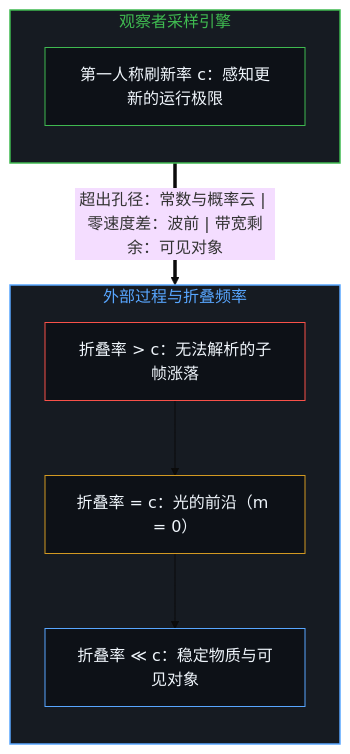
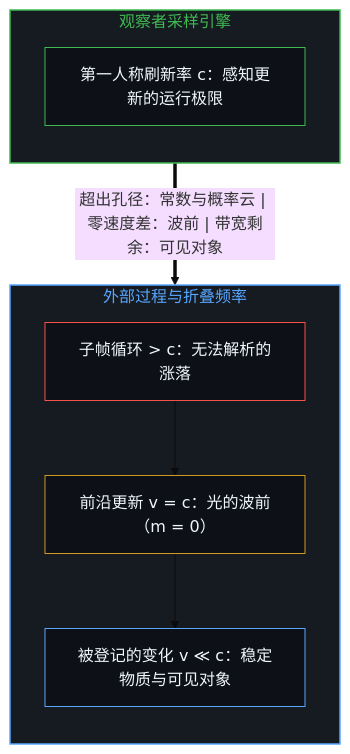
One commit to powerpig99/not-a-toe changed the third of 10 diagrams in content/posts/the-velocity-of-visibility.md. Above: the diagram before and after it, drawn with Mermaid (base theme). The commit also changed other lines of this file and 27 other files, not shown here.

````diff
--- a/content/posts/the-velocity-of-visibility.md
+++ b/content/posts/the-velocity-of-visibility.md
@@ -69,21 +69,21 @@
 ```mermaid
 flowchart TD
     subgraph S_Observer["观察者采样引擎"]
         direction TB
         SamplingRate["第一人称刷新率 c：感知更新的运行极限"]
     end
     subgraph S_External["外部过程与折叠频率"]
         direction TB
-        FasterThanC["折叠率 > c：无法解析的子帧涨落"]
-        EqualC["折叠率 = c：光的前沿（m = 0）"]
-        SlowerThanC["折叠率 ≪ c：稳定物质与可见对象"]
+        FasterThanC["子帧循环 > c：无法解析的涨落"]
+        EqualC["前沿更新 v = c：光的波前（m = 0）"]
+        SlowerThanC["被登记的变化 v ≪ c：稳定物质与可见对象"]
         FasterThanC --> EqualC --> SlowerThanC
     end
     SamplingRate ==>|"超出孔径：常数与概率云 | 零速度差：波前 | 带宽剩余：可见对象"| FasterThanC
     style S_Observer fill:#161b22,stroke:#3fb950,stroke-width:1.5px,color:#3fb950
     style S_External fill:#161b22,stroke:#58a6ff,stroke-width:1.5px,color:#58a6ff
     style SamplingRate fill:#0d1117,stroke:#3fb950,stroke-width:1px,color:#f0f6fc
     style FasterThanC fill:#0d1117,stroke:#f85149,stroke-width:1px,color:#f0f6fc
     style EqualC fill:#0d1117,stroke:#d29922,stroke-width:1px,color:#f0f6fc
     style SlowerThanC fill:#0d1117,stroke:#58a6ff,stroke-width:1px,color:#f0f6fc
 ```
````
